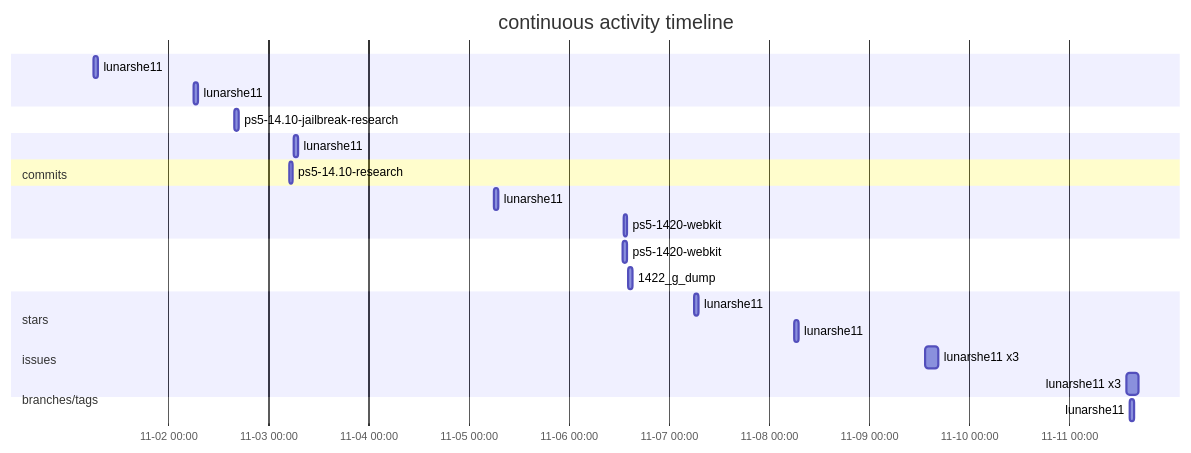
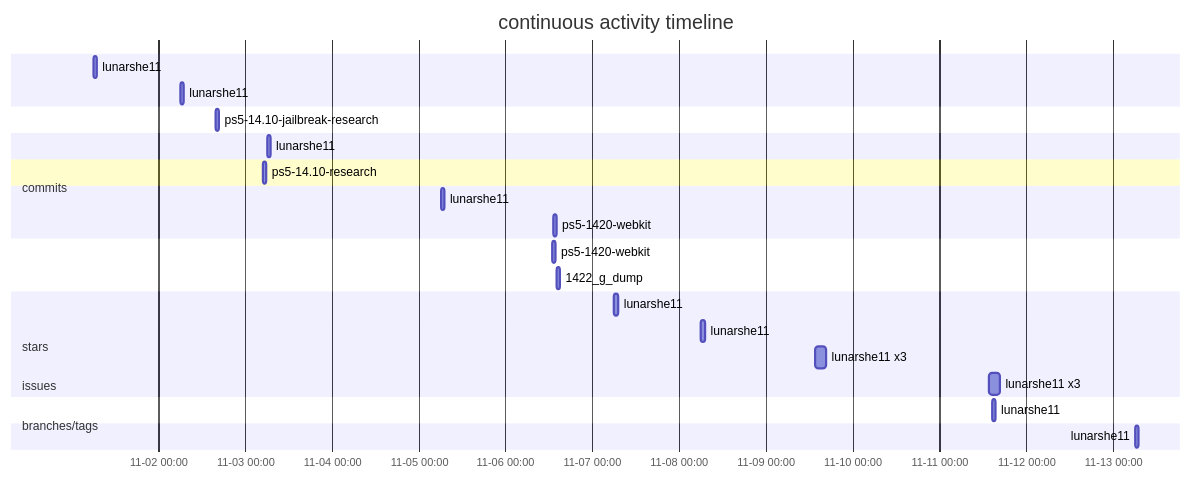
Before and after one commit to lunarshe11/lunarshe11: the first of 3 diagrams in README.md, drawn with Mermaid. The commit also changed other lines of this file, not shown here.

````diff
--- a/README.md
+++ b/README.md
@@ -13,28 +13,30 @@
 ```mermaid
 gantt
     title continuous activity timeline
     dateFormat  YYYY-MM-DD HH:mm
     axisFormat  %m-%d %H:%M
     section commits
         lunarshe11 :2026-11-01 06:05, 1h
         lunarshe11 :2026-11-02 06:05, 1h
     section stars
         ps5-14.10-jailbreak-research :2026-11-02 15:49, 1h
     section commits
         lunarshe11 :2026-11-03 06:05, 1h
     section issues
         ps5-14.10-research :2026-11-03 04:55, 1h
     section commits
         lunarshe11 :2026-11-05 06:05, 1h
         ps5-1420-webkit :2026-11-06 13:07, 1h
     section branches/tags
         ps5-1420-webkit :2026-11-06 12:59, 1h
         1422_g_dump :2026-11-06 14:11, 1h
     section commits
         lunarshe11 :2026-11-07 06:05, 1h
         lunarshe11 :2026-11-08 06:05, 1h
         lunarshe11 x3 :2026-11-09 13:33, 3h
         lunarshe11 x3 :2026-11-11 13:37, 3h
     section stars
         lunarshe11 :2026-11-11 14:30, 1h
+    section commits
+        lunarshe11 :2026-11-13 06:05, 1h
 ```
````
